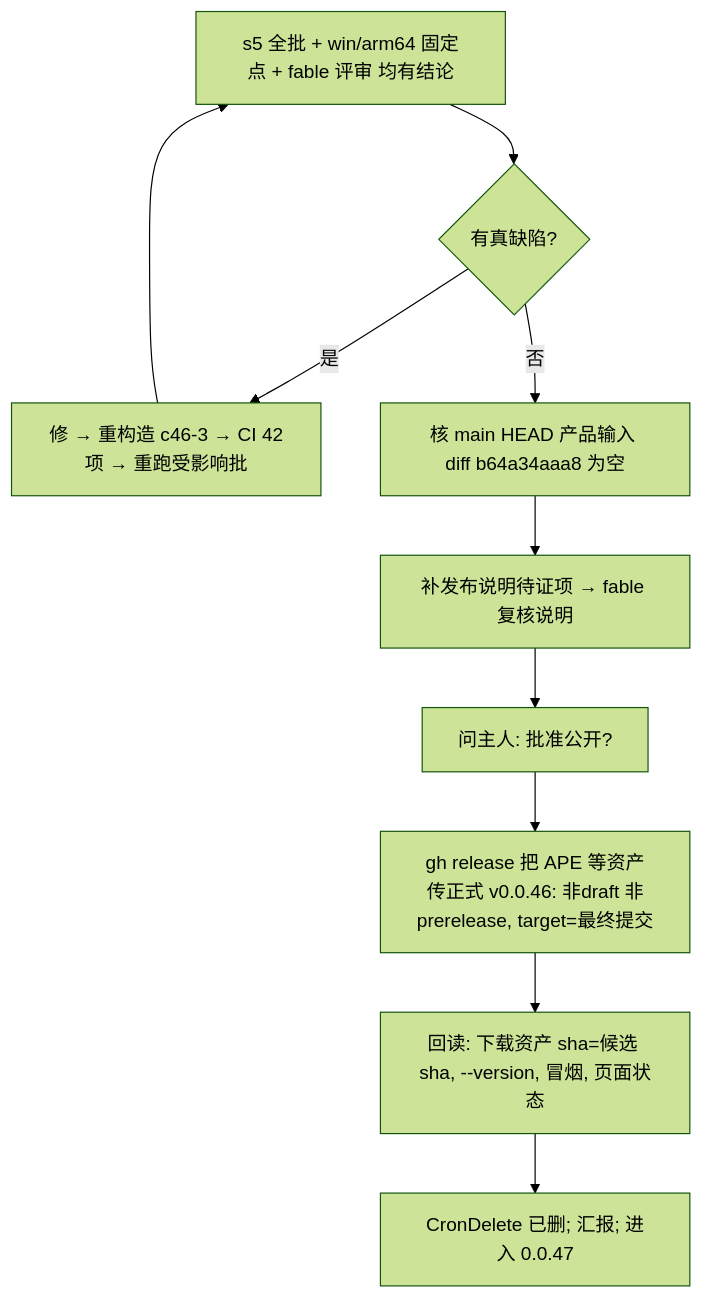
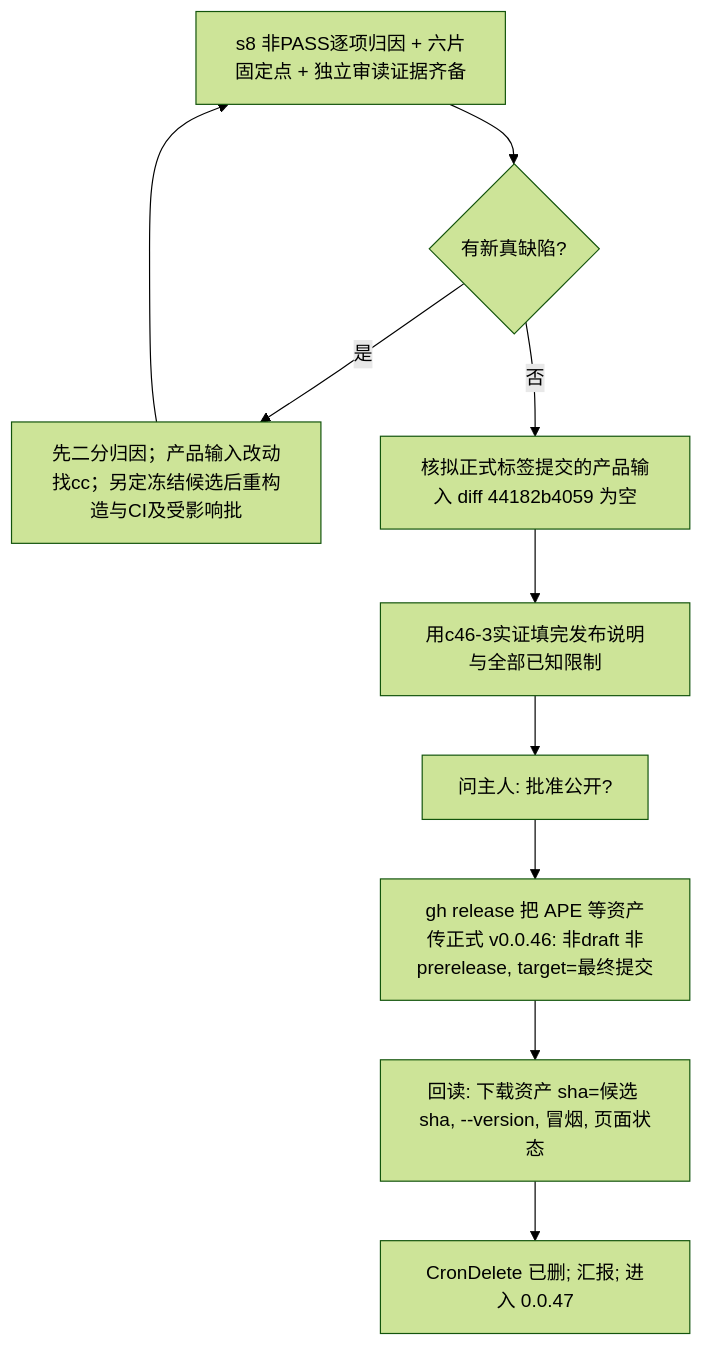
Before and after one commit to partnernetsoftware/unisacc: the fourth of 4 diagrams in plans/v0.0.46-unisacc.md, drawn with Mermaid (forest theme). The commit also changed other lines of this file and 6 other files, not shown here.

````diff
--- a/plans/v0.0.46-unisacc.md
+++ b/plans/v0.0.46-unisacc.md
@@ -216,11 +216,11 @@
 ```mermaid
 flowchart TD
-  A[s5 全批 + win/arm64 固定点 + fable 评审 均有结论] --> B{有真缺陷?}
-  B -- 是 --> C[修 → 重构造 c46-3 → CI 42项 → 重跑受影响批] --> A
-  B -- 否 --> D[核 main HEAD 产品输入 diff b64a34aaa8 为空]
-  D --> E[补发布说明待证项 → fable 复核说明]
+  A[s8 非PASS逐项归因 + 六片固定点 + 独立审读证据齐备] --> B{有新真缺陷?}
+  B -- 是 --> C[先二分归因；产品输入改动找cc；另定冻结候选后重构造与CI及受影响批] --> A
+  B -- 否 --> D[核拟正式标签提交的产品输入 diff 44182b4059 为空]
+  D --> E[用c46-3实证填完发布说明与全部已知限制]
   E --> F[问主人: 批准公开?]
   F --> G[gh release 把 APE 等资产传正式 v0.0.46: 非draft 非prerelease, target=最终提交]
   G --> H[回读: 下载资产 sha=候选 sha, --version, 冒烟, 页面状态]
   H --> I[CronDelete 已删; 汇报; 进入 0.0.47]
 ```
````
